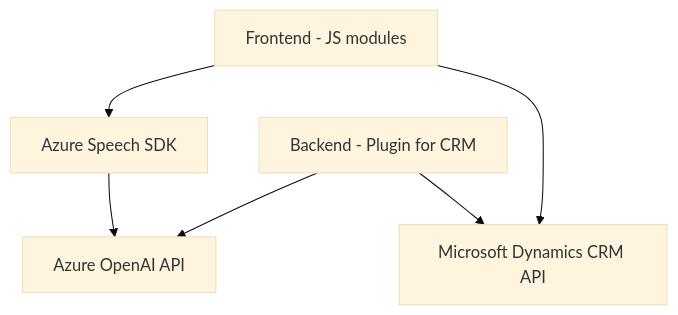
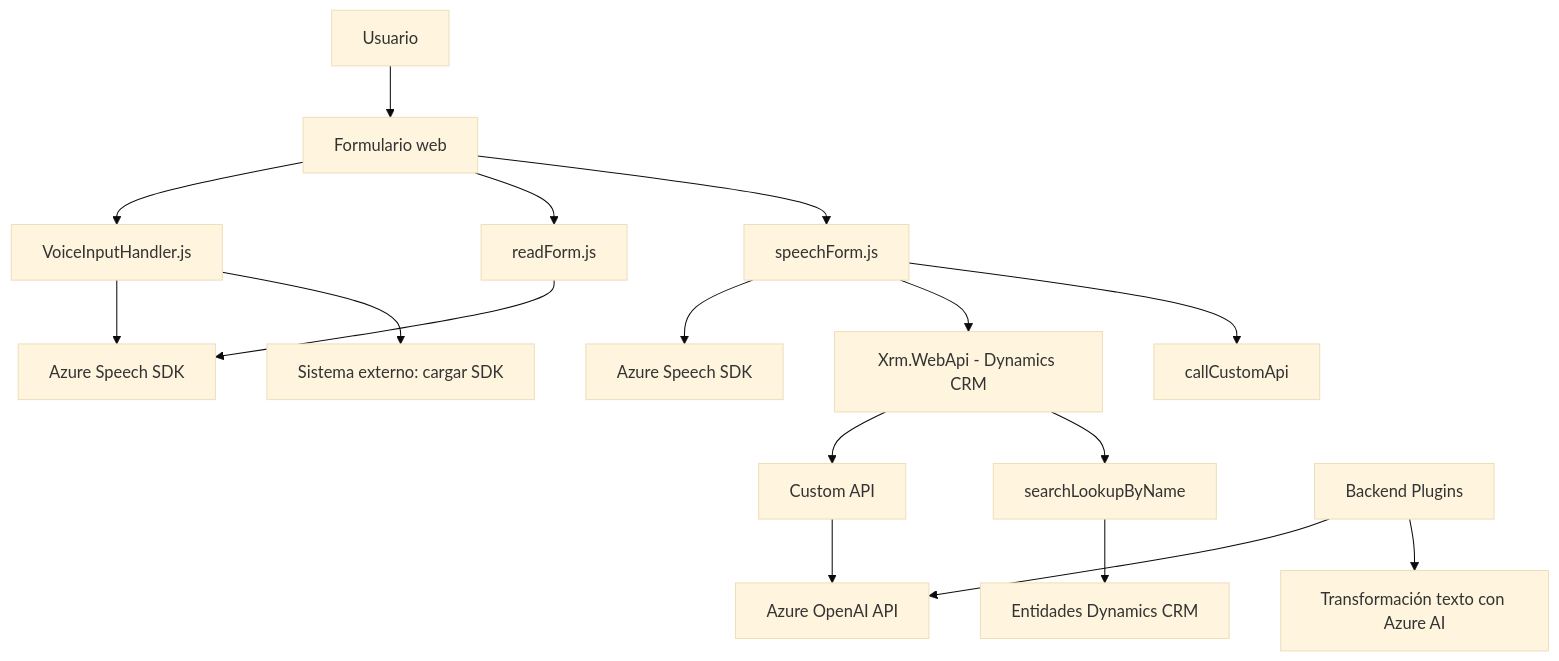
The diagram in README.md (blopezdm/NETCORE_BILBAO2025), drawn with Mermaid (base theme) before and after one commit. The commit also changed other lines of this file, not shown here.

Commit message:
Actualizar análisis global de la solución con IA

````diff
--- a/README.md
+++ b/README.md
@@ -40,15 +32,19 @@
 ```mermaid
 graph TD
-Frontend_JS["Frontend - JS modules"]
-SpeechSDK["Azure Speech SDK"]
-OpenAIAPI["Azure OpenAI API"]
-DynamicsAPI["Microsoft Dynamics CRM API"]
-
-Frontend_JS --> SpeechSDK
-Frontend_JS --> DynamicsAPI
-SpeechSDK --> OpenAIAPI
-
-Backend_Plugin["Backend - Plugin for CRM"]
-Backend_Plugin --> OpenAIAPI
-Backend_Plugin --> DynamicsAPI
+    A["Usuario"] --> B["Formulario web"]
+    B --> C["VoiceInputHandler.js"]
+    B --> D["readForm.js"]
+    C --> E["Azure Speech SDK"]
+    D --> E
+    B --> F["speechForm.js"]
+    F --> G["Azure Speech SDK"]
+    F --> H["Xrm.WebApi - Dynamics CRM"]
+    H --> I["Custom API"]
+    I --> J["Azure OpenAI API"]
+    C --> K["Sistema externo: cargar SDK"]
+    F --> L["callCustomApi"]
+    H --> M["searchLookupByName"]
+    M --> N["Entidades Dynamics CRM"]
+    O["Backend Plugins"] --> J
+    O --> P["Transformación texto con Azure AI"]
 ```
````
